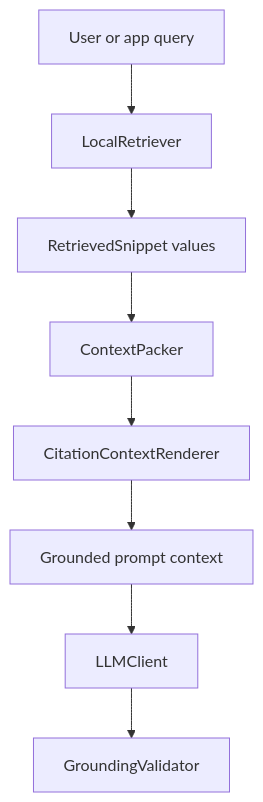
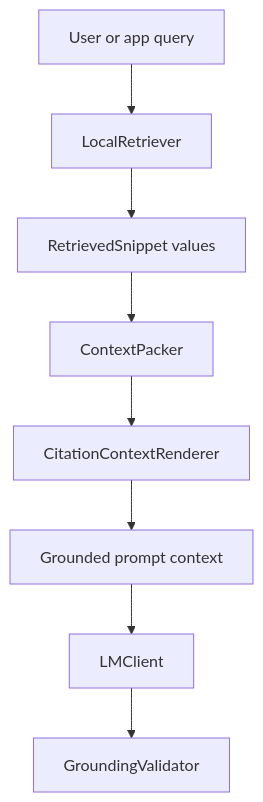
One commit to kylebegeman/swift-lm changed the second of 3 diagrams in README.md. Above: the diagram before and after it, drawn with Mermaid. The commit also changed other lines of this file and 201 other files, not shown here.

````diff
--- a/README.md
+++ b/README.md
@@ -221,10 +221,10 @@
 ```mermaid
 flowchart TD
   Query["User or app query"] --> Retriever["LocalRetriever"]
   Retriever --> Snippets["RetrievedSnippet values"]
   Snippets --> Packer["ContextPacker"]
   Packer --> Renderer["CitationContextRenderer"]
   Renderer --> Prompt["Grounded prompt context"]
-  Prompt --> Model["LLMClient"]
+  Prompt --> Model["LMClient"]
   Model --> Validator["GroundingValidator"]
 ```
````
